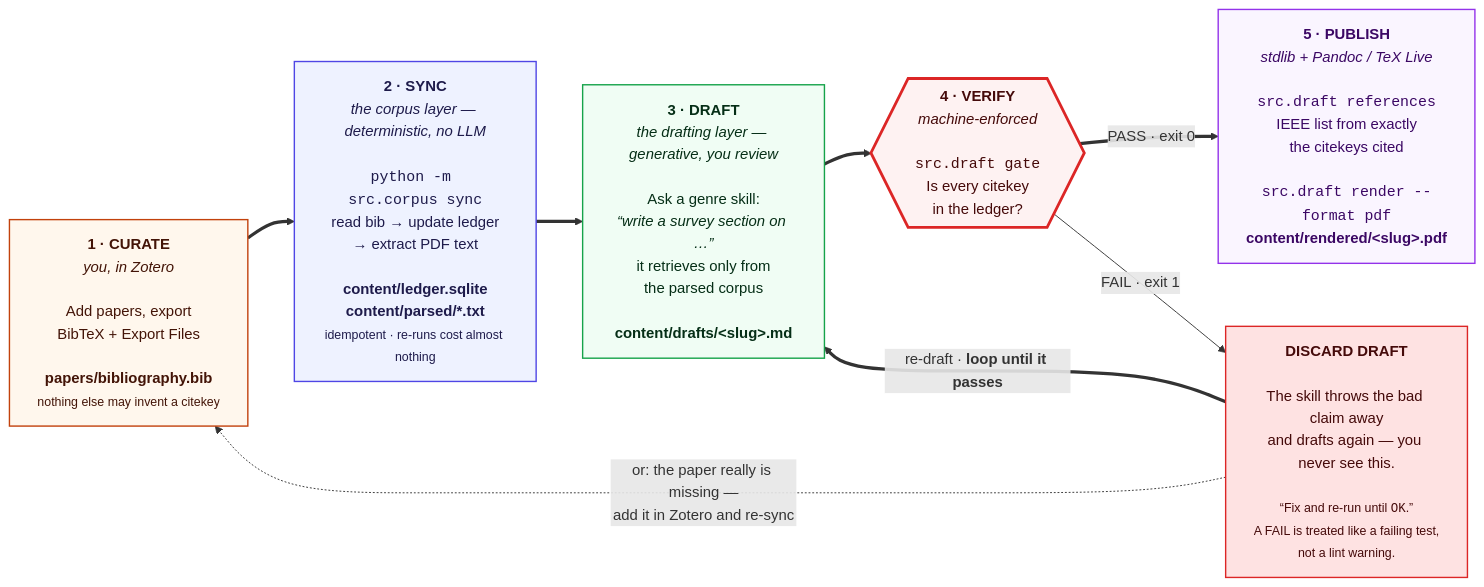
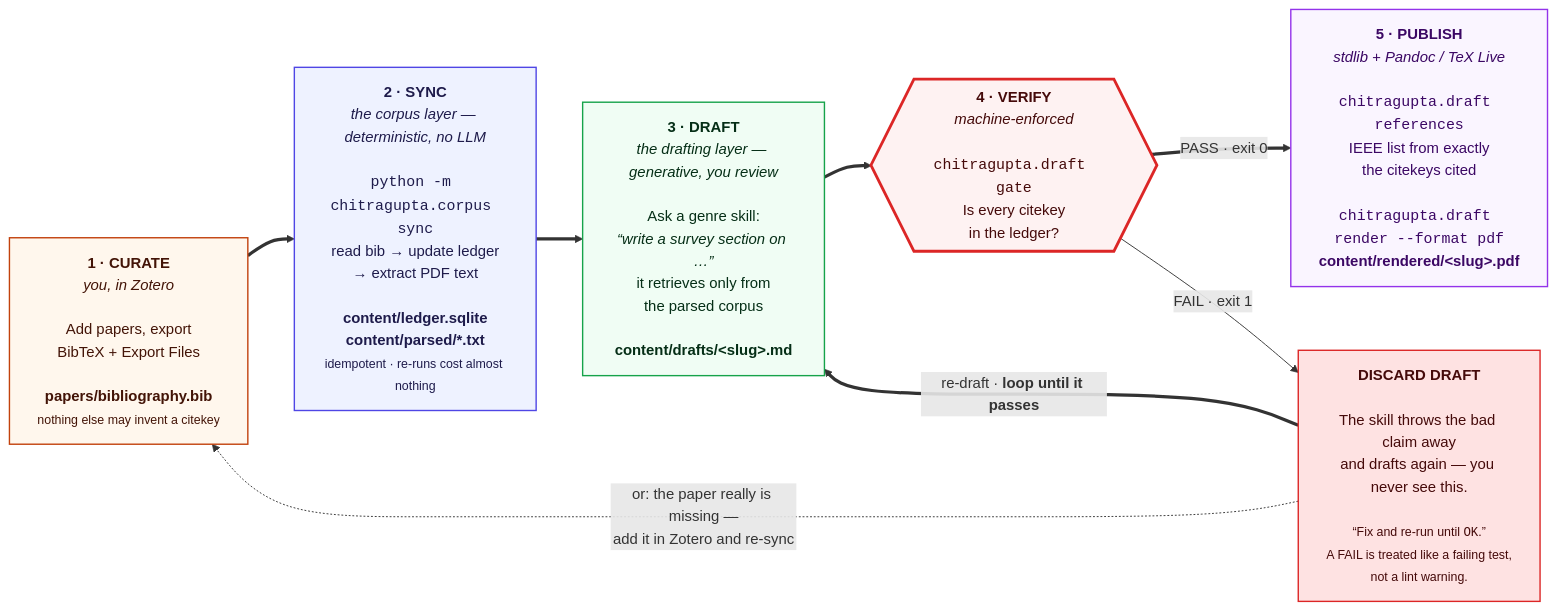
One commit to prasadtalasila/chitragupta changed the first of 11 diagrams in docs/DIAGRAMS.md. Above: the diagram before and after it, drawn with Mermaid. The commit also changed other lines of this file and 255 other files, not shown here.

````diff
--- a/docs/DIAGRAMS.md
+++ b/docs/DIAGRAMS.md
@@ -61,35 +61,35 @@
 ```mermaid
 flowchart LR
 
   P0["<b>1 · CURATE</b><br/><i>you, in Zotero</i><br/><br/>Add papers, export<br/>BibTeX + Export Files<br/><br/><b>papers/bibliography.bib</b><br/><small>nothing else may invent a citekey</small>"]
 
-  P1["<b>2 · SYNC</b><br/><i>the corpus layer — deterministic, no LLM</i><br/><br/><code>python -m src.corpus sync</code><br/>read bib → update ledger<br/>→ extract PDF text<br/><br/><b>content/ledger.sqlite</b><br/><b>content/parsed/*.txt</b><br/><small>idempotent · re-runs cost almost nothing</small>"]
+  P1["<b>2 · SYNC</b><br/><i>the corpus layer — deterministic, no LLM</i><br/><br/><code>python -m chitragupta.corpus sync</code><br/>read bib → update ledger<br/>→ extract PDF text<br/><br/><b>content/ledger.sqlite</b><br/><b>content/parsed/*.txt</b><br/><small>idempotent · re-runs cost almost nothing</small>"]
 
   P2["<b>3 · DRAFT</b><br/><i>the drafting layer — generative, you review</i><br/><br/>Ask a genre skill:<br/><i>“write a survey section on …”</i><br/>it retrieves only from<br/>the parsed corpus<br/><br/><b>content/drafts/&lt;slug&gt;.md</b>"]
 
-  P3{{"<b>4 · VERIFY</b><br/><i>machine-enforced</i><br/><br/><code>src.draft gate</code><br/>Is every citekey<br/>in the ledger?"}}
+  P3{{"<b>4 · VERIFY</b><br/><i>machine-enforced</i><br/><br/><code>chitragupta.draft gate</code><br/>Is every citekey<br/>in the ledger?"}}
 
-  P4["<b>5 · PUBLISH</b><br/><i>stdlib + Pandoc / TeX Live</i><br/><br/><code>src.draft references</code><br/>IEEE list from exactly<br/>the citekeys cited<br/><br/><code>src.draft render --format pdf</code><br/><b>content/rendered/&lt;slug&gt;.pdf</b>"]
+  P4["<b>5 · PUBLISH</b><br/><i>stdlib + Pandoc / TeX Live</i><br/><br/><code>chitragupta.draft references</code><br/>IEEE list from exactly<br/>the citekeys cited<br/><br/><code>chitragupta.draft render --format pdf</code><br/><b>content/rendered/&lt;slug&gt;.pdf</b>"]
 
   FIX["<b>DISCARD DRAFT</b><br/><br/>The skill throws the bad claim away<br/>and drafts again — you never see this.<br/><br/><small>“Fix and re-run until <code>OK</code>.”<br/>A FAIL is treated like a failing test,<br/>not a lint warning.</small>"]
 
   P0 ==> P1 ==> P2 ==> P3
   P3 == "PASS · exit 0" ==> P4
   P3 -- "FAIL · exit 1" --> FIX
   FIX == "re-draft · <b>loop until it passes</b>" ==> P2
   FIX -. "or: the paper really is missing —<br/>add it in Zotero and re-sync" .-> P0
 
   classDef you fill:#fff7ed,stroke:#c2410c,stroke-width:1.5px,color:#431407
   classDef det fill:#eef2ff,stroke:#4f46e5,stroke-width:1.5px,color:#1e1b4b
   classDef gen fill:#f0fdf4,stroke:#16a34a,stroke-width:1.5px,color:#052e16
   classDef gate fill:#fef2f2,stroke:#dc2626,stroke-width:3px,color:#450a0a
   classDef out fill:#faf5ff,stroke:#9333ea,stroke-width:1.5px,color:#3b0764
   classDef bad fill:#fee2e2,stroke:#dc2626,stroke-width:1.5px,color:#450a0a
 
   class P0 you
   class P1 det
   class P2 gen
   class P3 gate
   class P4 out
   class FIX bad
 ```
````
